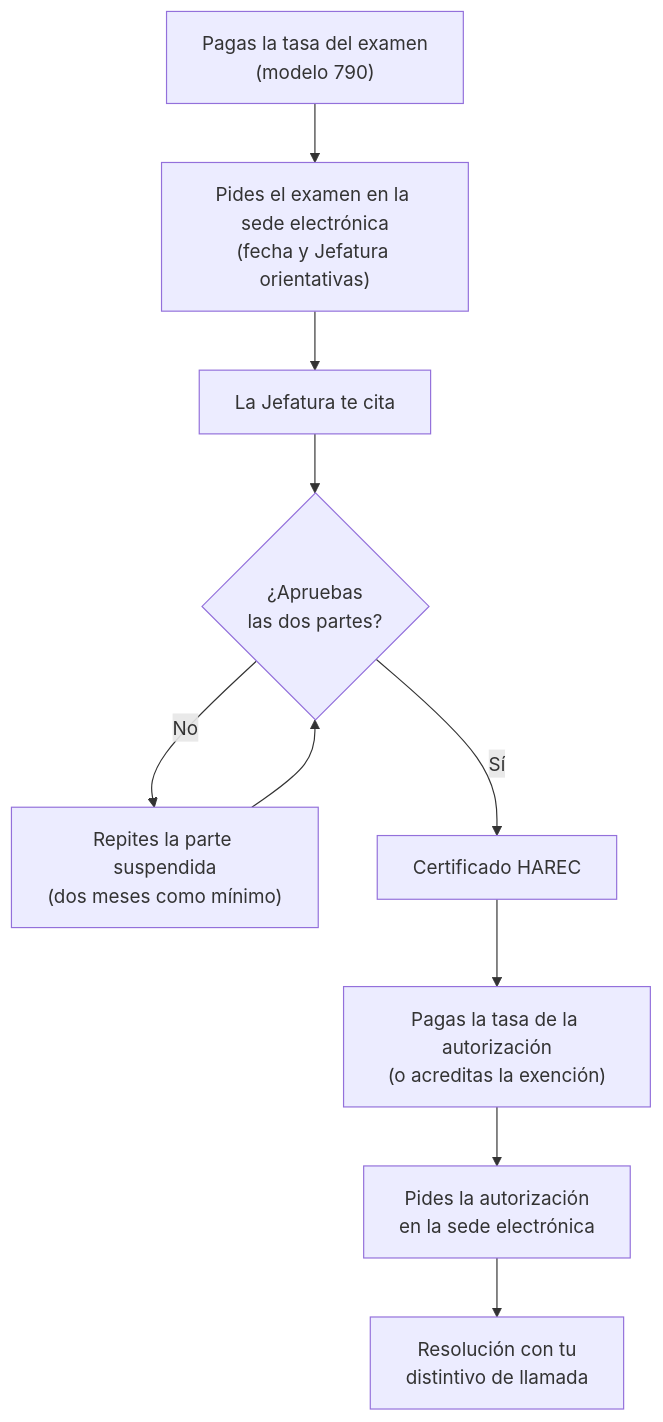
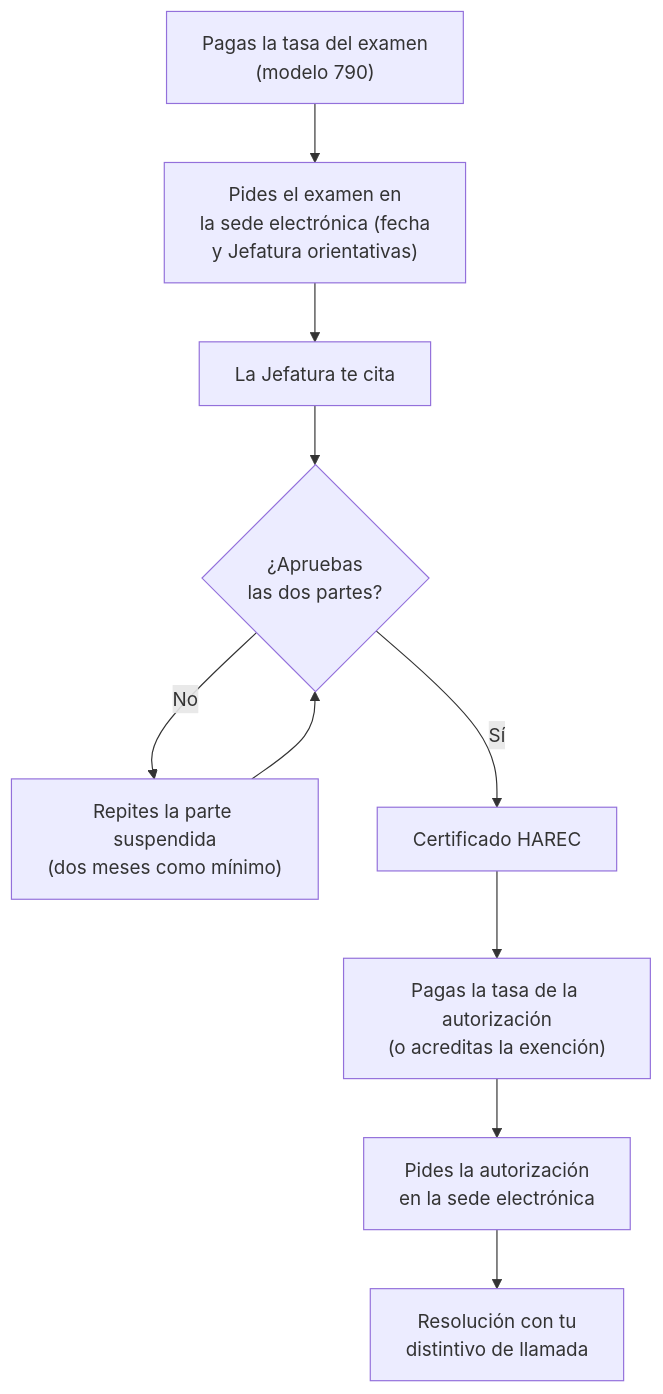
The diagram in docs/01-autorizacion.md (mshodai/manual-radioaficionado), drawn with Mermaid before and after one commit. The commit also changed 33 other files, not shown here.

````diff
--- a/docs/01-autorizacion.md
+++ b/docs/01-autorizacion.md
@@ -27,12 +27,12 @@
 ```mermaid
 flowchart TD
-    A["Pagas la tasa del examen<br/>(modelo 790)"] --> B["Pides el examen en la sede electrónica<br/>(fecha y Jefatura orientativas)"]
+    A["Pagas la tasa del examen<br/>(modelo 790)"] --> B["Pides el examen en<br/>la sede electrónica (fecha<br/>y Jefatura orientativas)"]
     B --> C["La Jefatura te cita"]
     C --> D{"¿Apruebas<br/>las dos partes?"}
     D -- "No" --> E["Repites la parte suspendida<br/>(dos meses como mínimo)"]
     E --> D
     D -- "Sí" --> F["Certificado HAREC"]
     F --> G["Pagas la tasa de la autorización<br/>(o acreditas la exención)"]
     G --> H["Pides la autorización<br/>en la sede electrónica"]
     H --> I["Resolución con tu<br/>distintivo de llamada"]
 ```
````
